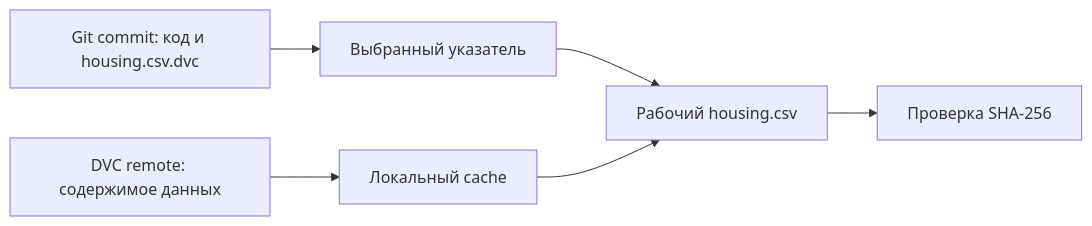
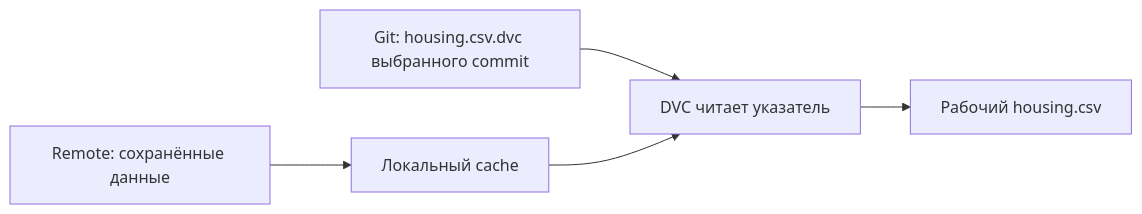
One commit to Karambollla/MLops-course changed the diagram in modules/02-reproducibility/README.md. Above: the diagram before and after it, drawn with Mermaid. The commit also changed other lines of this file and 69 other files, not shown here.

````diff
--- a/modules/02-reproducibility/README.md
+++ b/modules/02-reproducibility/README.md
@@ -105,8 +50,7 @@
 ```mermaid
 flowchart LR
-    G["Git commit: код и housing.csv.dvc"] --> P["Выбранный указатель"]
-    R["DVC remote: содержимое данных"] --> C["Локальный cache"]
-    P --> W["Рабочий housing.csv"]
-    C --> W
-    W --> H["Проверка SHA-256"]
+    G["Git: housing.csv.dvc выбранного commit"] --> D["DVC читает указатель"]
+    C["Локальный cache"] --> D
+    R["Remote: сохранённые данные"] --> C
+    D --> W["Рабочий housing.csv"]
 ```
````
